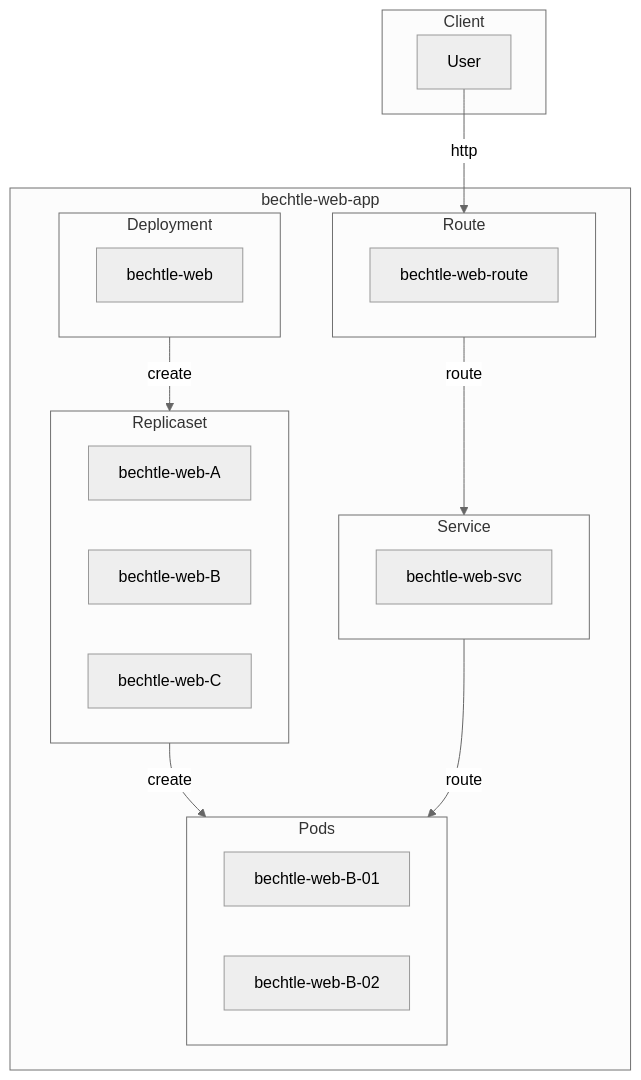
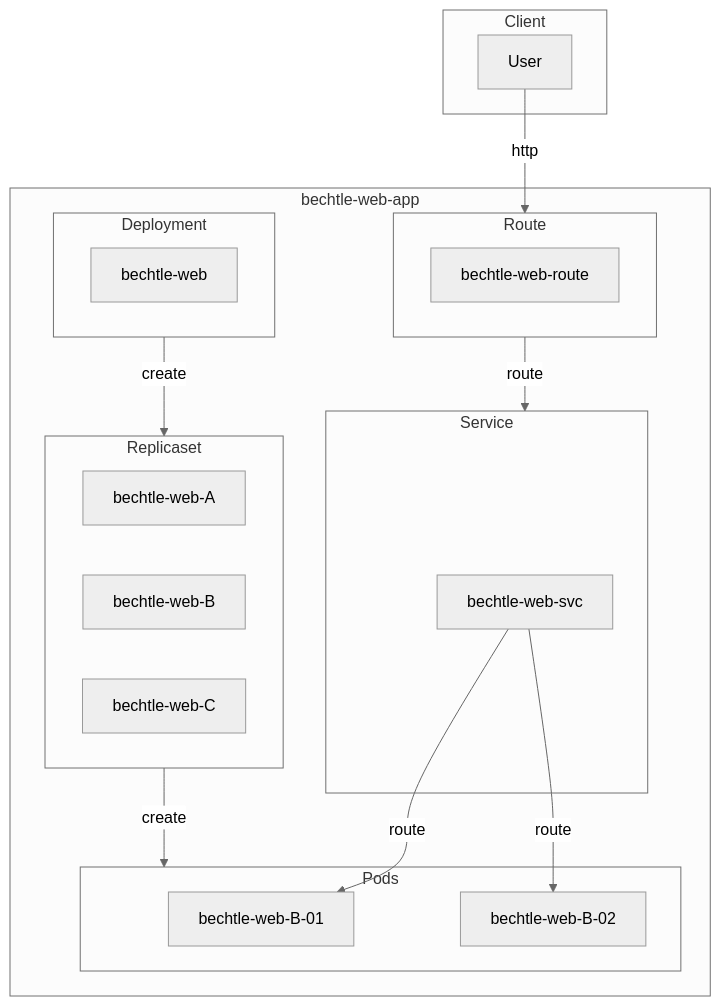
Before and after one commit to tkops/bechtle: the second of 2 diagrams in README.md, drawn with Mermaid (neutral theme).

````diff
--- a/README.md
+++ b/README.md
@@ -28,31 +28,32 @@
 ```mermaid
 flowchart TD
   subgraph app[bechtle-web-app]
     subgraph deploy[Deployment]
       bechtle-web
     end
     subgraph rs[Replicaset]
       bechtle-web-A
       bechtle-web-B
       bechtle-web-C
     end
     subgraph pod[Pods]
-      bechtle-web-B-01
-      bechtle-web-B-02
+      pod1[bechtle-web-B-01]
+      pod2[bechtle-web-B-02]
     end
     subgraph svc[Service]
-      bechtle-web-svc
+      svc1[bechtle-web-svc]
     end
     subgraph route[Route]
       bechtle-web-route
     end
   end
   subgraph client[Client]
     user[User]
   end
   user --http--> route
   deploy -- create --> rs
   rs -- create --> pod
   route -- route --> svc
-  svc -- route --> pod
+  svc1 -- route --> pod1
+  svc1 -- route --> pod2
 ```
````
